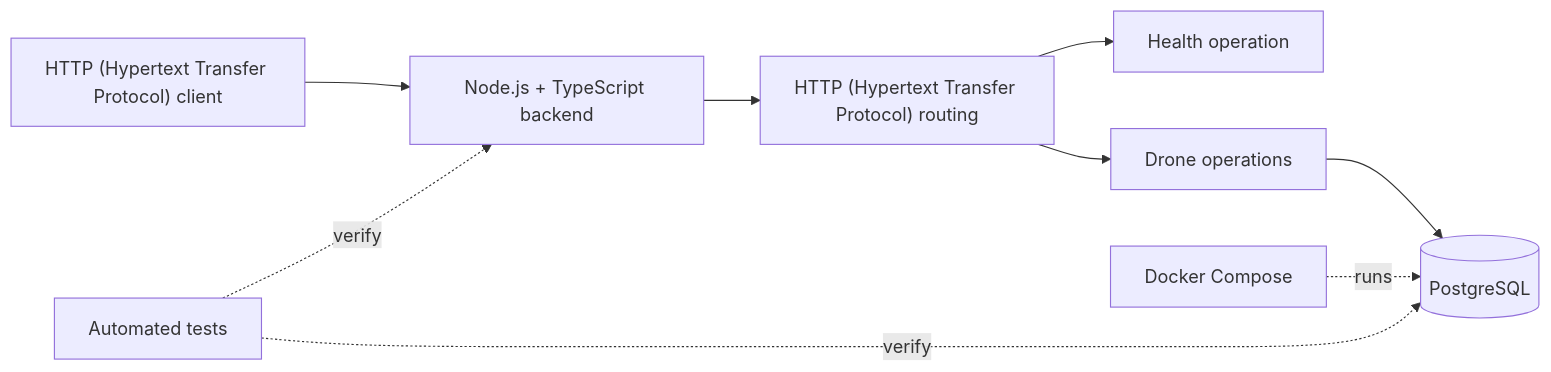
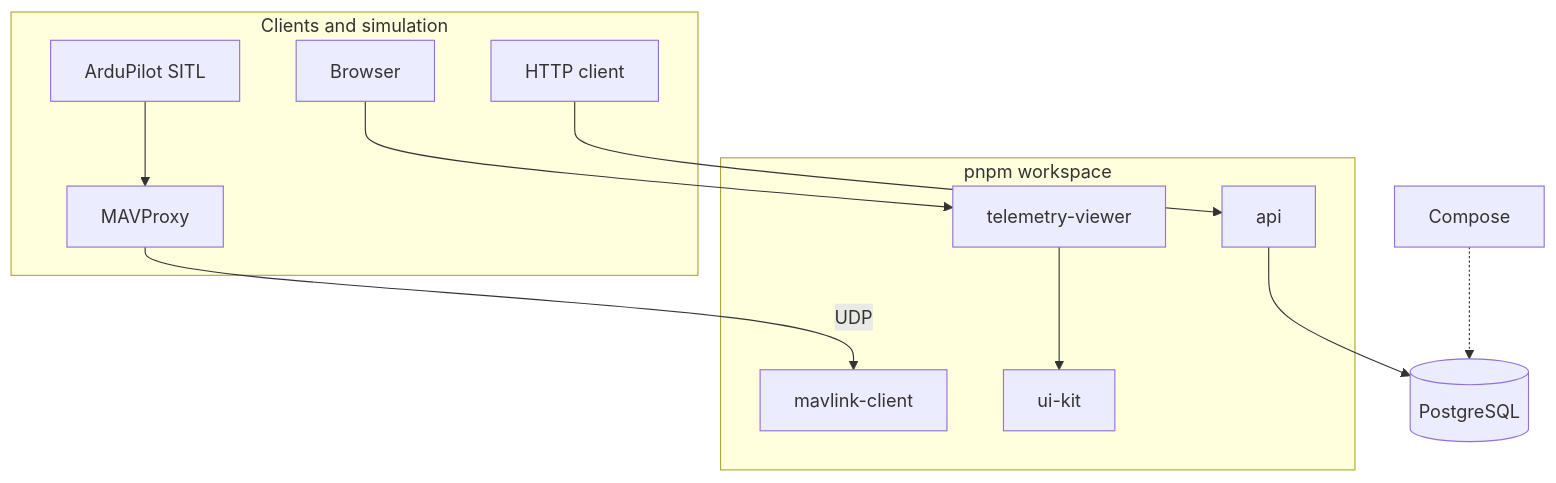
One commit to sidoruk-sv/flightstack changed the diagram in README.md. Above: the diagram before and after it, drawn with Mermaid. The commit also changed other lines of this file and 9 other files, not shown here.

````diff
--- a/README.md
+++ b/README.md
@@ -78,11 +28,27 @@
 ```mermaid
-flowchart LR
-    Client["HTTP (Hypertext Transfer Protocol) client"] --> API["Node.js + TypeScript backend"]
-    API --> Routes["HTTP (Hypertext Transfer Protocol) routing"]
-    Routes --> Health[Health operation]
-    Routes --> Drones[Drone operations]
-    Drones --> DB[(PostgreSQL)]
-    Compose[Docker Compose] -. runs .-> DB
-    Tests[Automated tests] -. verify .-> API
-    Tests -. verify .-> DB
+flowchart TB
+    subgraph external["Clients and simulation"]
+        HTTPClient[HTTP client]
+        Browser[Browser]
+        SITL[ArduPilot SITL]
+        Proxy[MAVProxy]
+        SITL --> Proxy
+    end
+
+    subgraph workspace["pnpm workspace"]
+        API[api]
+        Mavlink[mavlink-client]
+        Viewer[telemetry-viewer]
+        UIKit[ui-kit]
+    end
+
+    DB[(PostgreSQL)]
+    Compose[Compose]
+
+    HTTPClient --> API
+    Browser --> Viewer
+    Viewer --> UIKit
+    Proxy -->|UDP| Mavlink
+    API --> DB
+    Compose -.-> DB
 ```
````
